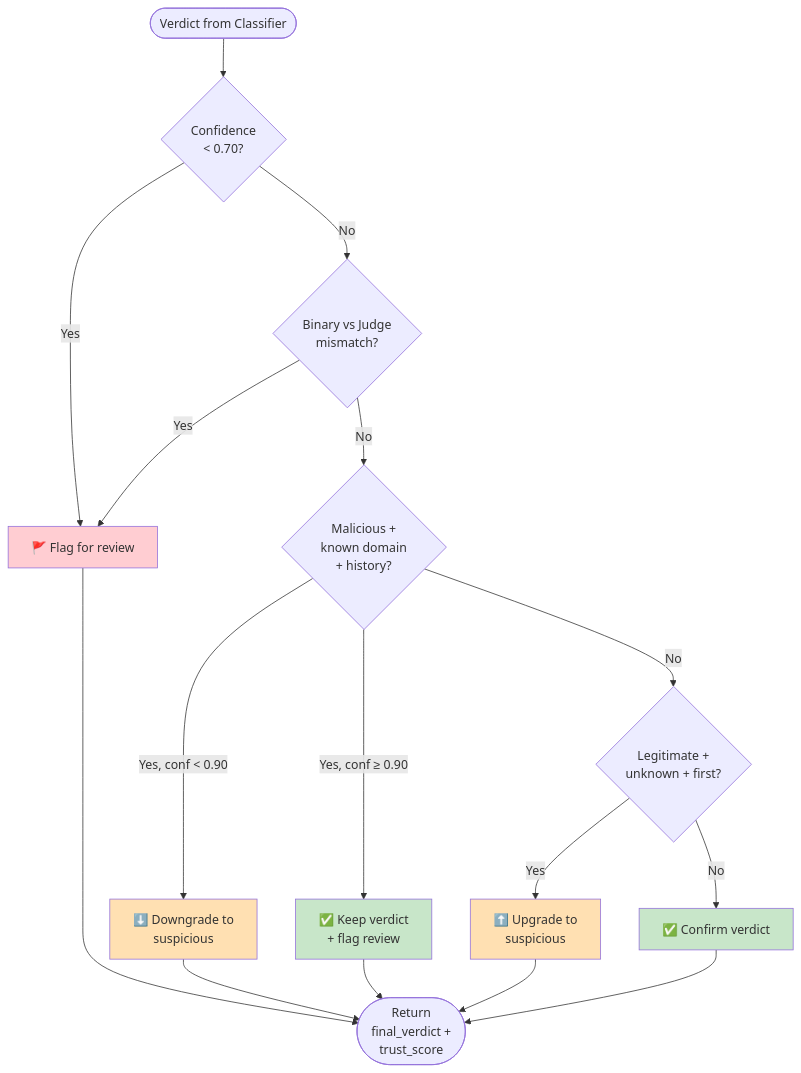
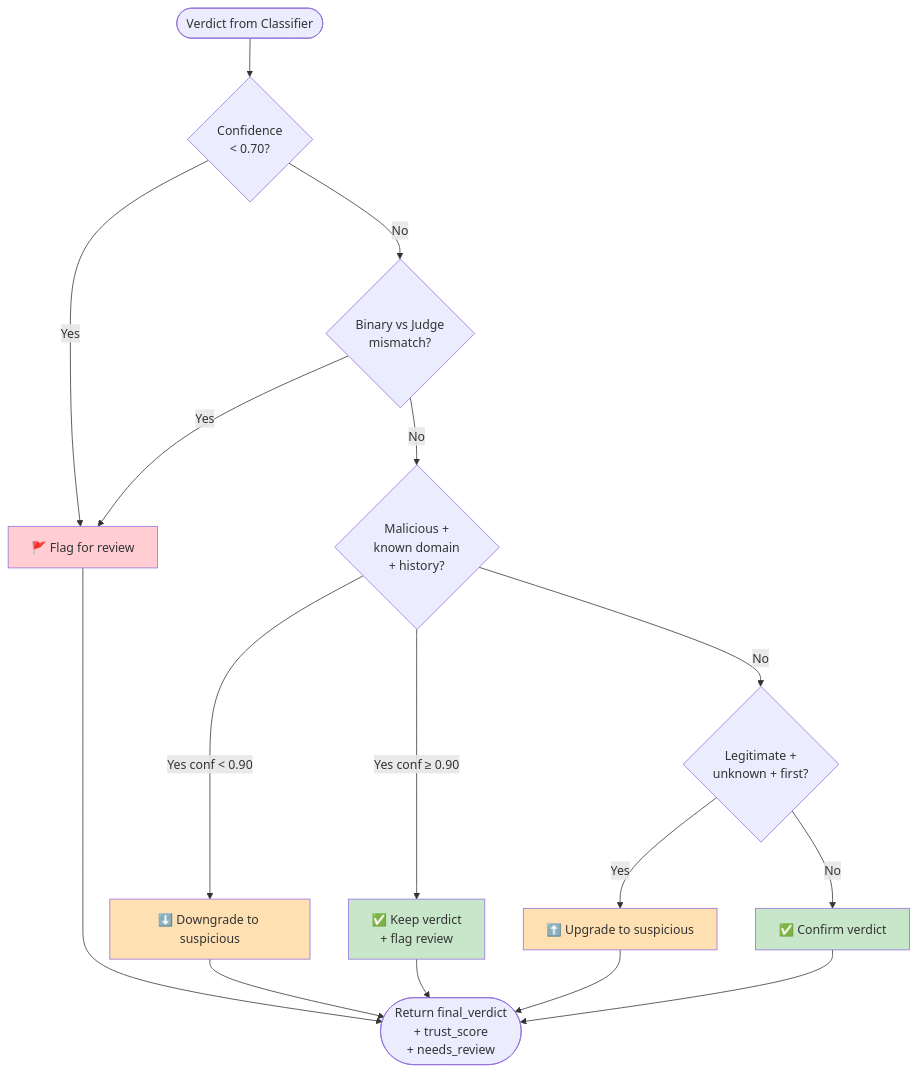
The third of 3 diagrams in README.md (shivoymalhotra9-wq/Agentic-AI-Cyber-App), drawn with Mermaid before and after one commit. The commit also changed other lines of this file, not shown here.

````diff
--- a/README.md
+++ b/README.md
@@ -139,25 +138,25 @@
 ```mermaid
 flowchart TD
     START([Verdict from Classifier]) --> R1{Confidence<br/>&lt; 0.70?}
     R1 -->|Yes| FLAG[🚩 Flag for review]
     R1 -->|No| R2{Binary vs Judge<br/>mismatch?}
     R2 -->|Yes| FLAG
     R2 -->|No| R3{Malicious +<br/>known domain<br/>+ history?}
-    R3 -->|Yes, conf &lt; 0.90| DOWN[⬇️ Downgrade to<br/>suspicious]
-    R3 -->|Yes, conf ≥ 0.90| KEEP[✅ Keep verdict<br/>+ flag review]
+    R3 -->|Yes conf &lt; 0.90| DOWN[⬇️ Downgrade to suspicious]
+    R3 -->|Yes conf ≥ 0.90| KEEP[✅ Keep verdict<br/>+ flag review]
     R3 -->|No| R4{Legitimate +<br/>unknown + first?}
-    R4 -->|Yes| UP[⬆️ Upgrade to<br/>suspicious]
+    R4 -->|Yes| UP[⬆️ Upgrade to suspicious]
     R4 -->|No| CONFIRM[✅ Confirm verdict]
 
-    FLAG --> OUT([Return<br/>final_verdict +<br/>trust_score])
+    FLAG --> OUT([Return final_verdict<br/>+ trust_score<br/>+ needs_review])
     DOWN --> OUT
     KEEP --> OUT
     UP --> OUT
     CONFIRM --> OUT
 
     style FLAG fill:#ffcdd2
     style DOWN fill:#ffe0b2
     style UP fill:#ffe0b2
     style KEEP fill:#c8e6c9
     style CONFIRM fill:#c8e6c9
 ```
````
